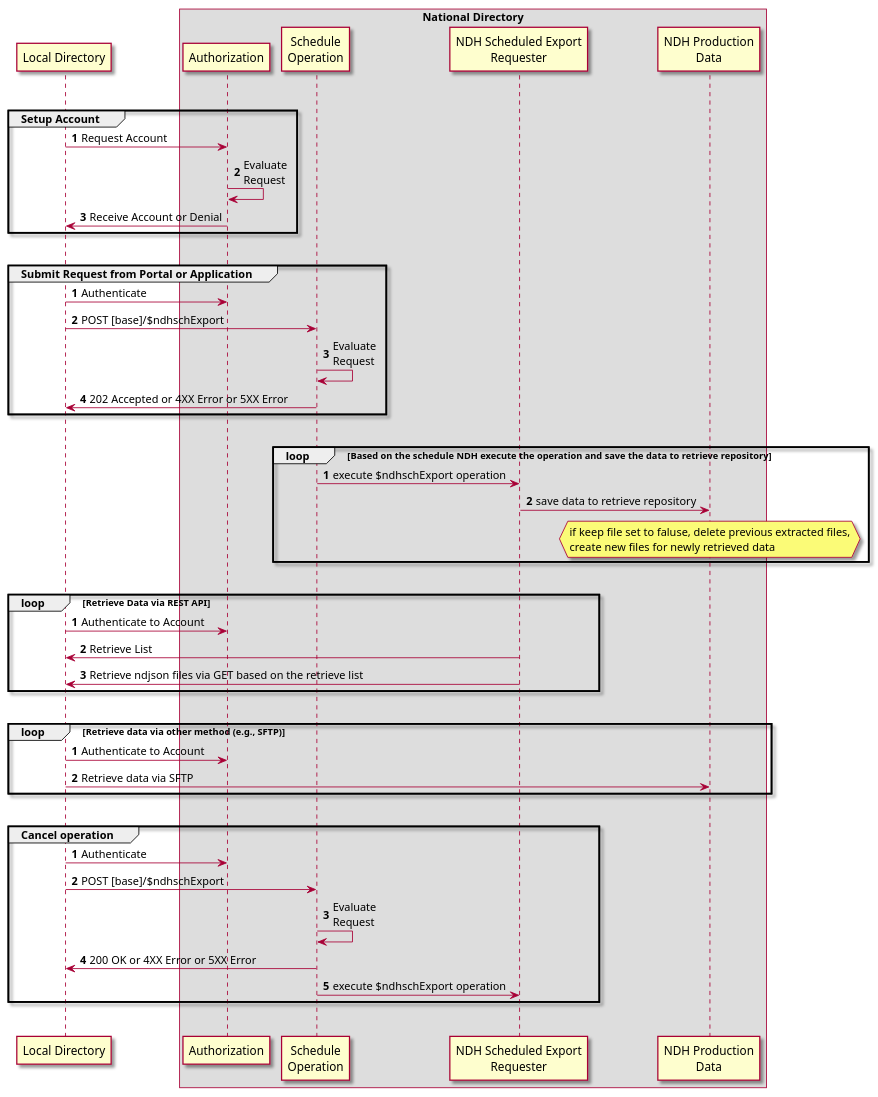
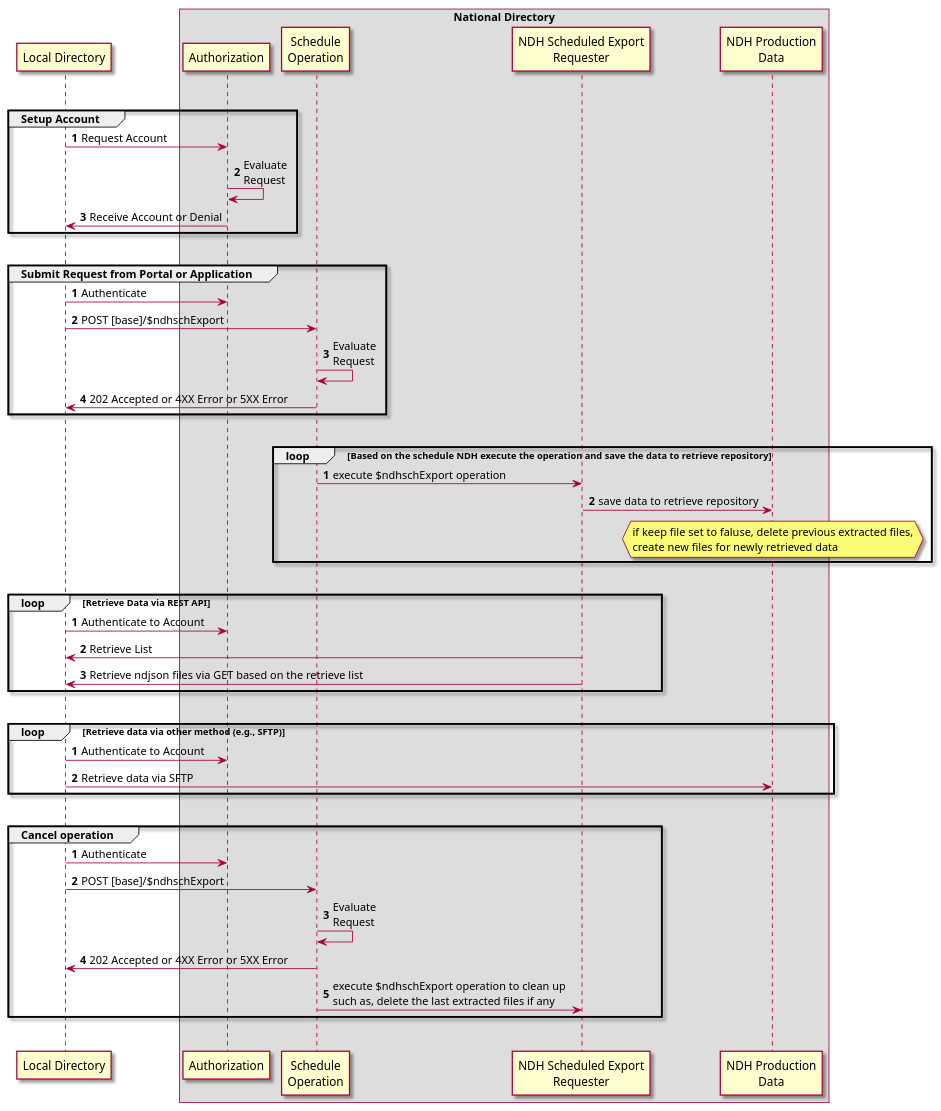
Before and after one commit to HL7/fhir-us-ndh: the diagram in input/images-source/ndh-export.plantuml, drawn with PlantUML. The commit also changed 3 other files, not shown here.

Commit message:
Update $ndhschExport

```diff
--- a/input/images-source/ndh-export.plantuml
+++ b/input/images-source/ndh-export.plantuml
@@ -1,64 +1,64 @@
 @startuml
 skin rose
 /'autonumber '/
 
 participant APP as "Local Directory"
 box National Directory
 participant "Authorization" as AUTH
 participant "Schedule\nOperation" as SCHEDULE
 participant "NDH Scheduled Export\nRequester" as FHIR
 participant "NDH Production\nData" as FILE
 end box
 |||
 autonumber
 Group  Setup Account
     APP -> AUTH: Request Account
     AUTH -> AUTH: Evaluate\nRequest
     AUTH -> APP: Receive Account or Denial
 end
 autonumber stop
 |||
 autonumber
 
 Group Submit Request from Portal or Application
     APP -> AUTH: Authenticate
     APP -> SCHEDULE: POST [base]/$ndhschExport
     SCHEDULE -> SCHEDULE: Evaluate\nRequest
     SCHEDULE -> APP: 202 Accepted or 4XX Error or 5XX Error
 end
 autonumber stop
 |||
 autonumber
 loop Based on the schedule NDH execute the operation and save the data to retrieve repository
     SCHEDULE -> FHIR: execute $ndhschExport operation
     FHIR -> FILE: save data to retrieve repository
     hnote over FILE: if keep file set to faluse, delete previous extracted files,\ncreate new files for newly retrieved data
 end
 autonumber stop
 |||
 autonumber
 loop Retrieve Data via REST API
     APP -> AUTH: Authenticate to Account
     FHIR -> APP: Retrieve List
     FHIR -> APP: Retrieve ndjson files via GET based on the retrieve list   
 end
 autonumber stop
 |||
 autonumber
 loop Retrieve data via other method (e.g., SFTP)
     APP -> AUTH: Authenticate to Account
     APP -> FILE: Retrieve data via SFTP
 end
 autonumber stop
 |||
 autonumber
 Group Cancel operation
      APP -> AUTH: Authenticate
     APP -> SCHEDULE: POST [base]/$ndhschExport
     SCHEDULE -> SCHEDULE: Evaluate\nRequest
-    SCHEDULE -> APP: 200 OK or 4XX Error or 5XX Error
-    SCHEDULE -> FHIR: execute $ndhschExport operation
+    SCHEDULE -> APP: 202 Accepted or 4XX Error or 5XX Error
+    SCHEDULE -> FHIR: execute $ndhschExport operation to clean up \nsuch as, delete the last extracted files if any
 end
 autonumber stop
 |||
 @enduml
```
